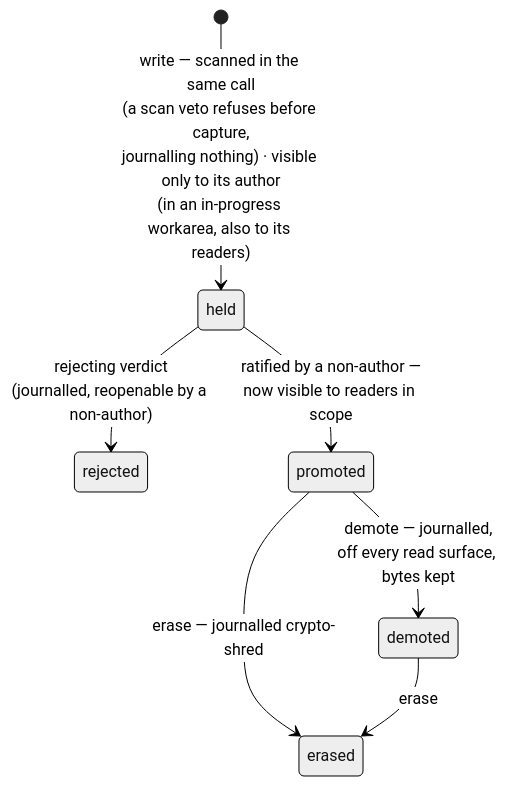
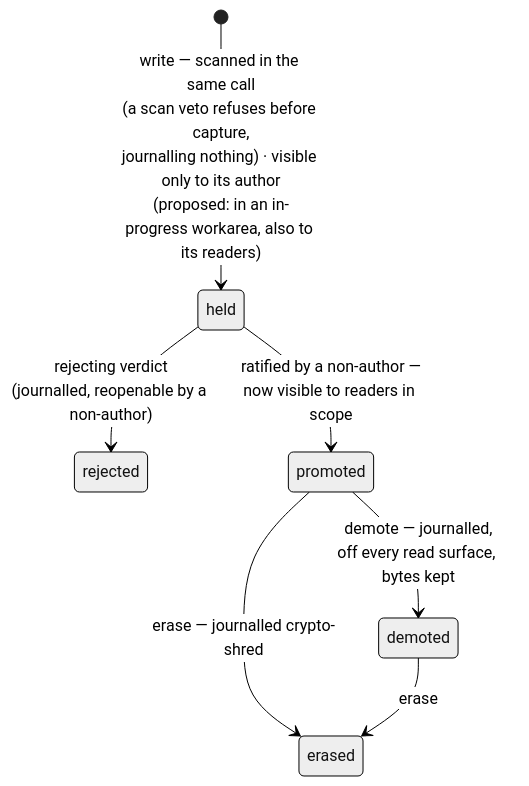
The first of 2 diagrams in docs/concepts.md (e8kor/open-memory-lab), drawn with Mermaid (neutral theme) before and after one commit. The commit also changed other lines of this file and 20 other files, not shown here.

````diff
--- a/docs/concepts.md
+++ b/docs/concepts.md
@@ -57,9 +58,9 @@
 ```mermaid
 stateDiagram-v2
-    [*] --> held : write — scanned in the same call<br/>(a scan veto refuses before capture,<br/>journalling nothing) · visible only to its author<br/>(in an in-progress workarea, also to its readers)
+    [*] --> held : write — scanned in the same call<br/>(a scan veto refuses before capture,<br/>journalling nothing) · visible only to its author<br/>(proposed: in an in-progress workarea, also to its readers)
     held --> rejected : rejecting verdict<br/>(journalled, reopenable by a non-author)
     held --> promoted : ratified by a non-author —<br/>now visible to readers in scope
     promoted --> demoted : demote — journalled,<br/>off every read surface, bytes kept
     promoted --> erased : erase — journalled crypto-shred
     demoted --> erased : erase
 ```
````
